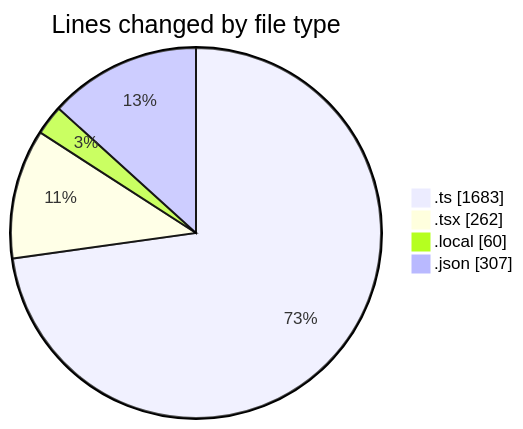
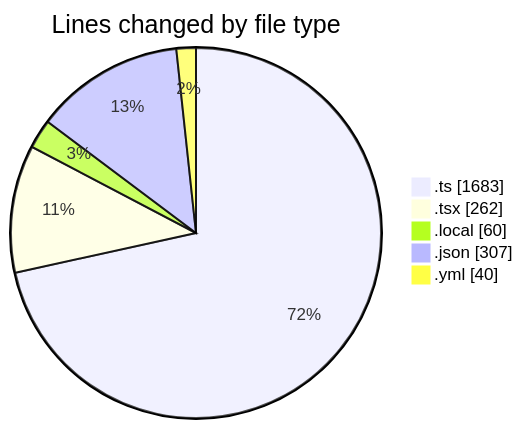
Before and after one commit to julien-gomy/code-tracking: the first of 2 diagrams in 2025-11-26/eventscop-frontend-guide__workspace_/README.md, drawn with Mermaid. The commit also changed other lines of this file and 1 other file, not shown here.

````diff
--- a/2025-11-26/eventscop-frontend-guide__workspace_/README.md
+++ b/2025-11-26/eventscop-frontend-guide__workspace_/README.md
@@ -28,8 +29,9 @@
 ```mermaid
 pie showData
 title Lines changed by file type
 ".ts" : 1683
 ".tsx" : 262
 ".local" : 60
 ".json" : 307
+".yml" : 40
 ```
````
